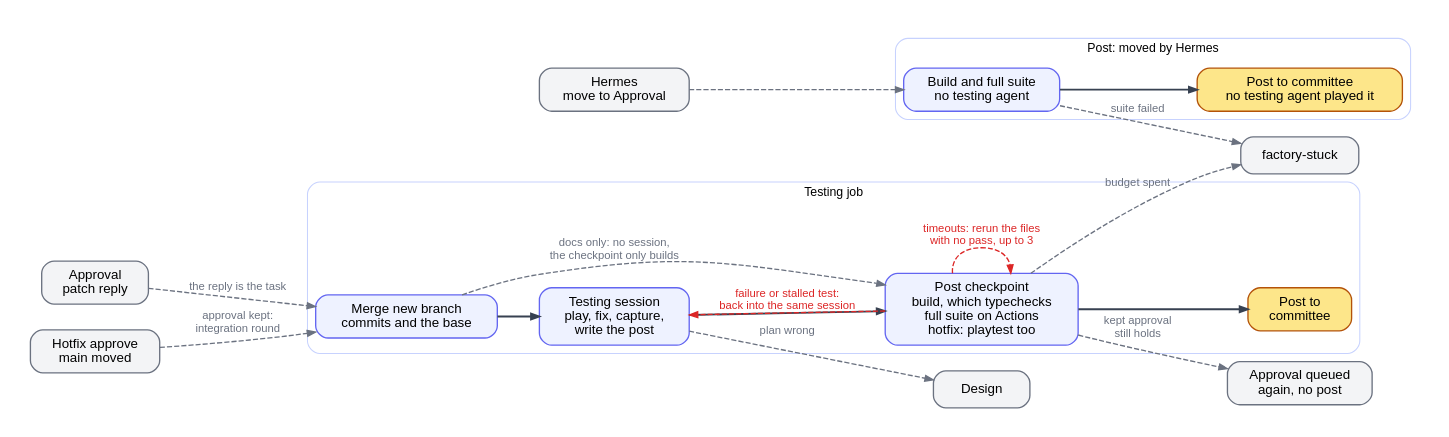
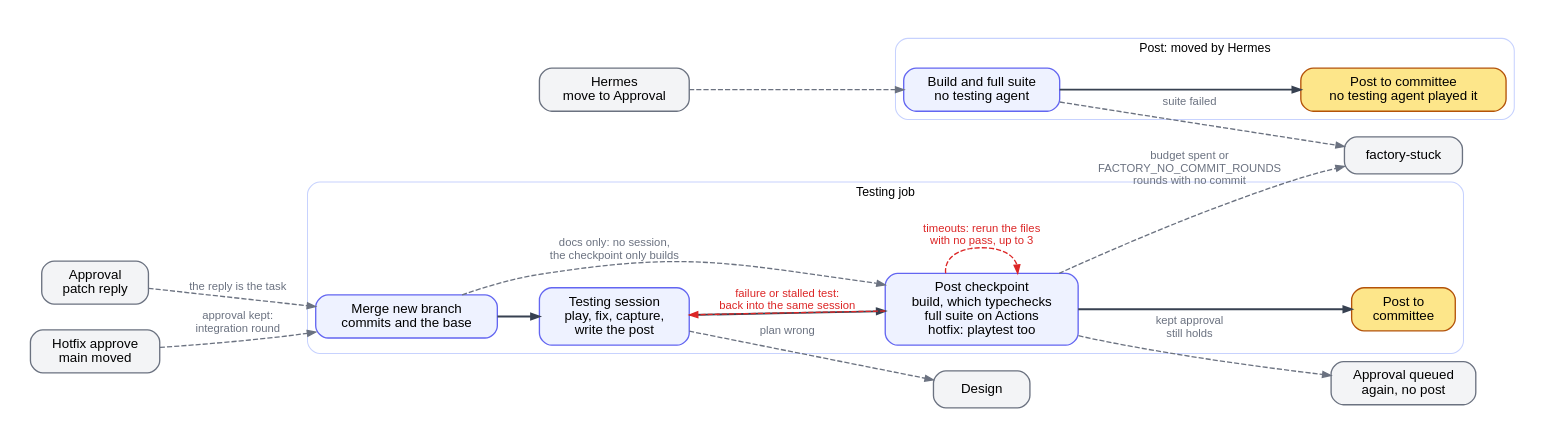
The diagram in factory/docs/diagrams/testing.dot (ROAM-game-org/road-machiners), drawn with Graphviz before and after one commit. The commit also changed 23 other files, not shown here.

Commit message:
A Testing, Hardening, merge or ship fix round with no commit runs no checks again, and three such rounds in a row fail the stage with the head's first failure for Hermes instead of spending the rest of its budget (#1272)

```diff
--- a/factory/docs/diagrams/testing.dot
+++ b/factory/docs/diagrams/testing.dot
@@ -1,36 +1,36 @@
 // Testing column. One testing session gets a card ready for the committee, and the post checkpoint gates the post. Post-only runs when Hermes moves a card to Approval.
 // Red: loops back. Grey: leaves Testing or enters from outside.
 digraph testing {
   rankdir=LR; nodesep=0.35; ranksep=0.55; bgcolor=white; pad=0.3;
   node [shape=box, style="rounded,filled", fillcolor="#eef2ff", color="#6366f1", fontname="Helvetica", fontsize=13, margin="0.2,0.1", penwidth=1.3, width=1.3];
   edge [color="#374151", penwidth=1.8, arrowsize=0.8, fontname="Helvetica", fontsize=11];
   subgraph cluster_session {
     label="Testing job"; fontname="Helvetica"; fontsize=12; color="#c7d2fe"; style=rounded;
     PM [label="Merge new branch\ncommits and the base"]; PT [label="Testing session\nplay, fix, capture,\nwrite the post"];
     PC [label="Post checkpoint\nbuild, which typechecks\nfull suite on Actions\nhotfix: playtest too"]; PP [label="Post to\ncommittee", fillcolor="#fde68a", color="#b45309"];
     PM -> PT -> PC -> PP [weight=100];
   }
   subgraph cluster_post {
     label="Post: moved by Hermes"; fontname="Helvetica"; fontsize=12; color="#c7d2fe"; style=rounded;
     QB [label="Build and full suite\nno testing agent"]; QP [label="Post to committee\nno testing agent played it", fillcolor="#fde68a", color="#b45309"];
     QB -> QP [weight=100];
   }
   XH [label="Hermes\nmove to Approval", fillcolor="#f3f4f6", color="#6b7280"];
   XA [label="Approval\npatch reply", fillcolor="#f3f4f6", color="#6b7280"];
   XD [label="Design", fillcolor="#f3f4f6", color="#6b7280"];
   XS [label="factory-stuck", fillcolor="#f3f4f6", color="#6b7280"];
   XK [label="Hotfix approve\nmain moved", fillcolor="#f3f4f6", color="#6b7280"];
   XQ [label="Approval queued\nagain, no post", fillcolor="#f3f4f6", color="#6b7280"];
   edge [color="#dc2626", fontcolor="#dc2626", style=dashed, penwidth=1.3];
   PC -> PT [label="failure or stalled test:\nback into the same session"];
   PC -> PC [label="timeouts: rerun the files\nwith no pass, up to 3"];
   edge [color="#6b7280", fontcolor="#6b7280"];
   PM -> PC [label="docs only: no session,\nthe checkpoint only builds"];
   QB -> XS [label="suite failed"];
   XH -> QB;
   XA -> PM [label="the reply is the task"];
   XK -> PM [label="approval kept:\nintegration round"];
   PC -> XQ [label="kept approval\nstill holds"];
   PT -> XD [label="plan wrong"];
-  PC -> XS [label="budget spent"];
+  PC -> XS [label="budget spent or\nFACTORY_NO_COMMIT_ROUNDS\nrounds with no commit"];
 }
```
